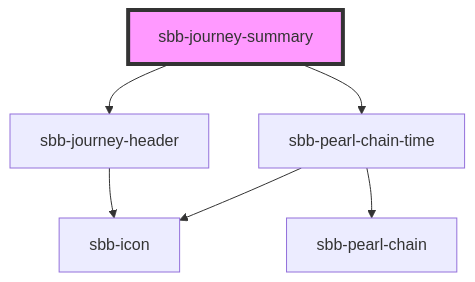
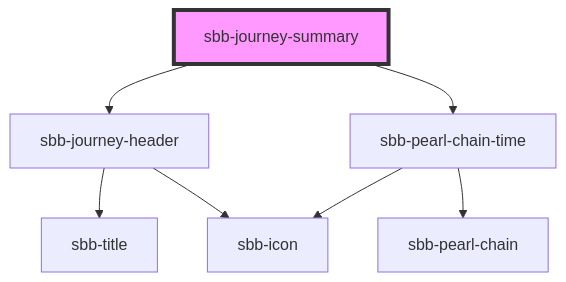
Before and after one commit to sbb-design-systems/lyne-components: the diagram in src/components/sbb-journey-summary/readme.md, drawn with Mermaid. The commit also changed 7 other files, not shown here.

````diff
--- a/src/components/sbb-journey-summary/readme.md
+++ b/src/components/sbb-journey-summary/readme.md
@@ -30,9 +30,10 @@
 ```mermaid
 graph TD;
   sbb-journey-summary --> sbb-journey-header
   sbb-journey-summary --> sbb-pearl-chain-time
+  sbb-journey-header --> sbb-title
   sbb-journey-header --> sbb-icon
   sbb-pearl-chain-time --> sbb-icon
   sbb-pearl-chain-time --> sbb-pearl-chain
   style sbb-journey-summary fill:#f9f,stroke:#333,stroke-width:4px
 ```
````
